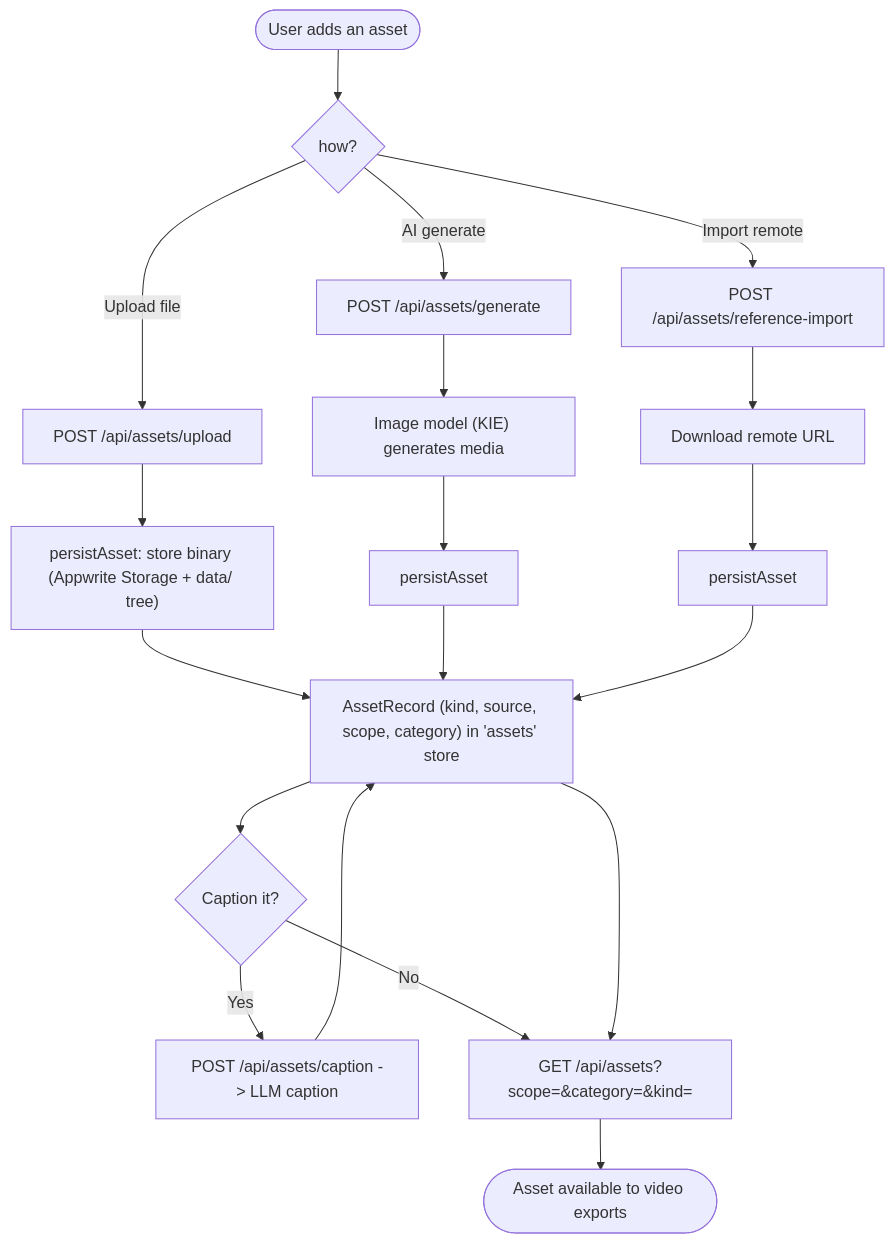
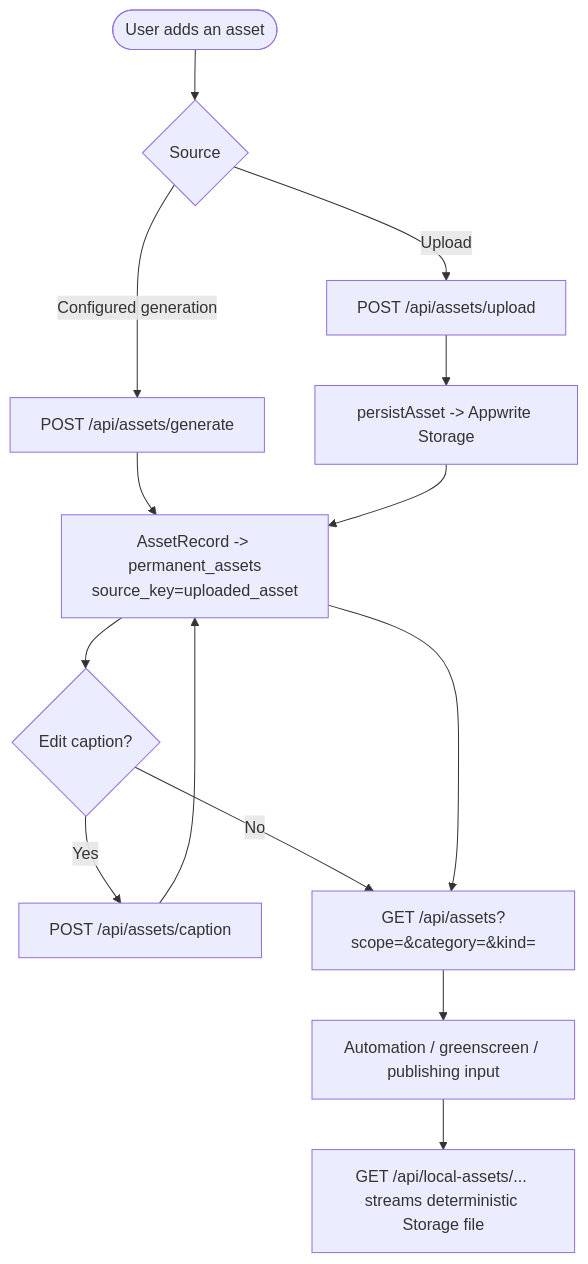
One commit to xk1234/cfarm changed the diagram in diagrams/09-asset-management.md. Above: the diagram before and after it, drawn with Mermaid. The commit also changed other lines of this file and 624 other files, not shown here.

````diff
--- a/diagrams/09-asset-management.md
+++ b/diagrams/09-asset-management.md
@@ -8,25 +11,20 @@
 ```mermaid
 flowchart TD
-    START(["User adds an asset"]) --> KIND{"how?"}
+    START(["User adds an asset"]) --> KIND{"Source"}
 
-    KIND -->|Upload file| UP["POST /api/assets/upload"]
-    UP --> STORE1["persistAsset: store binary (Appwrite Storage + data/ tree)"]
-    STORE1 --> REC
+    KIND -->|"Upload"| UP["POST /api/assets/upload"]
+    KIND -->|"Configured generation"| GEN["POST /api/assets/generate"]
 
-    KIND -->|AI generate| GEN["POST /api/assets/generate"]
-    GEN --> MODEL["Image model (KIE) generates media"]
-    MODEL --> STORE2["persistAsset"]
-    STORE2 --> REC
+    UP --> STORE["persistAsset -> Appwrite Storage"]
+    GEN --> RECORD
+    STORE --> RECORD["AssetRecord -> permanent_assets\nsource_key=uploaded_asset"]
 
-    KIND -->|Import remote| IMP["POST /api/assets/reference-import"]
-    IMP --> DLR["Download remote URL"]
-    DLR --> STORE3["persistAsset"]
-    STORE3 --> REC["AssetRecord (kind, source, scope, category) in 'assets' store"]
+    RECORD --> CAP{"Edit caption?"}
+    CAP -->|"Yes"| CAPREQ["POST /api/assets/caption"]
+    CAPREQ --> RECORD
+    CAP -->|"No"| LIST
+    RECORD --> LIST["GET /api/assets?scope=&category=&kind="]
+    LIST --> USE["Automation / greenscreen / publishing input"]
 
-    REC --> CAP{"Caption it?"}
-    CAP -->|Yes| CAPREQ["POST /api/assets/caption -> LLM caption"]
-    CAPREQ --> REC
-    CAP -->|No| LIST["GET /api/assets?scope=&category=&kind="]
-    REC --> LIST
-    LIST --> DONE(["Asset available to video exports"])
+    USE --> URL["GET /api/local-assets/... streams deterministic Storage file"]
 ```
````
